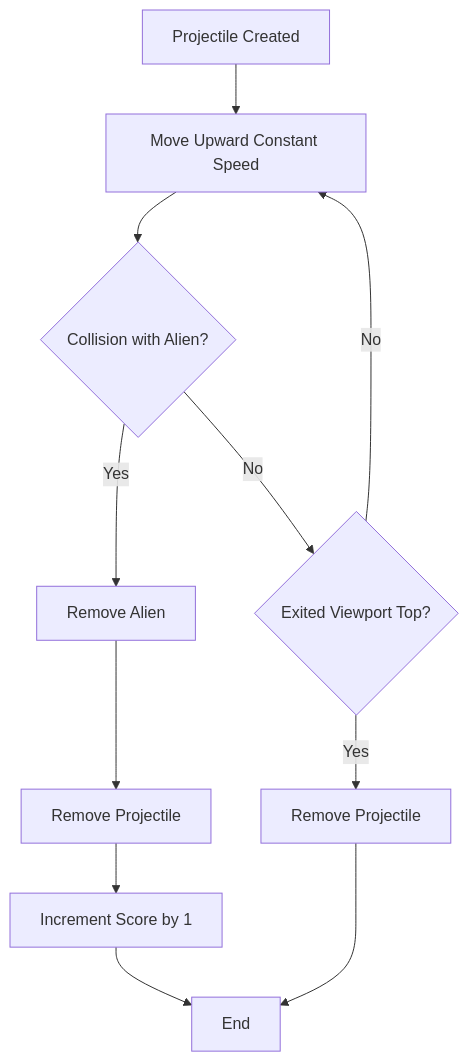
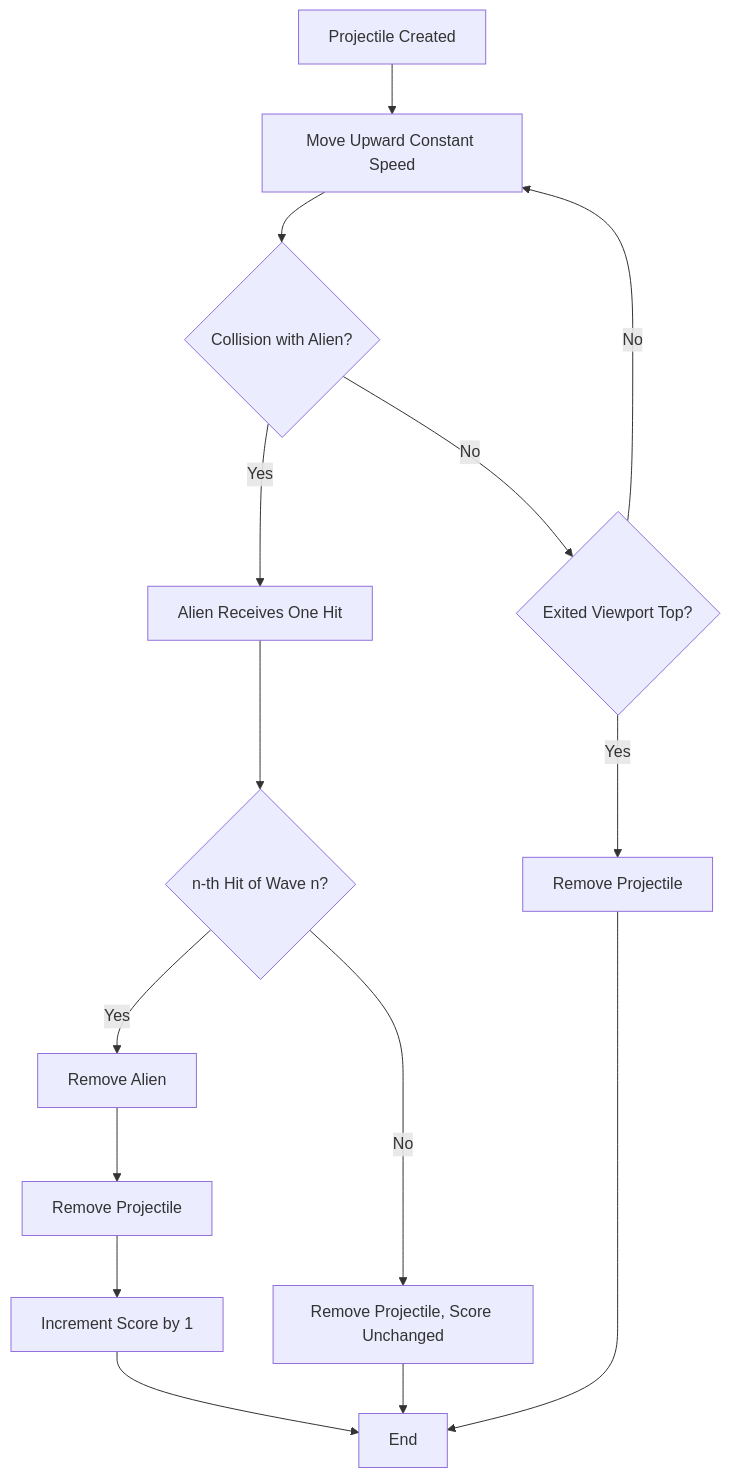
One commit to akmaier/AlienInvasion changed the diagram in docs/use-cases/UC-003-projectile-flies-and-hits.md. Above: the diagram before and after it, drawn with Mermaid. The commit also changed other lines of this file and 4 other files, not shown here.

````diff
--- a/docs/use-cases/UC-003-projectile-flies-and-hits.md
+++ b/docs/use-cases/UC-003-projectile-flies-and-hits.md
@@ -48,13 +50,17 @@
 ```mermaid
 flowchart TD
     A[Projectile Created] --> B[Move Upward Constant Speed]
     B --> C{Collision with Alien?}
-    C -->|Yes| D[Remove Alien]
+    C -->|Yes| K[Alien Receives One Hit]
+    K --> L{n-th Hit of Wave n?}
+    L -->|Yes| D[Remove Alien]
     D --> E[Remove Projectile]
     E --> F[Increment Score by 1]
     F --> G[End]
+    L -->|No| M[Remove Projectile, Score Unchanged]
+    M --> G
     C -->|No| H{Exited Viewport Top?}
     H -->|Yes| I[Remove Projectile]
     I --> G
     H -->|No| B
 ```
````
